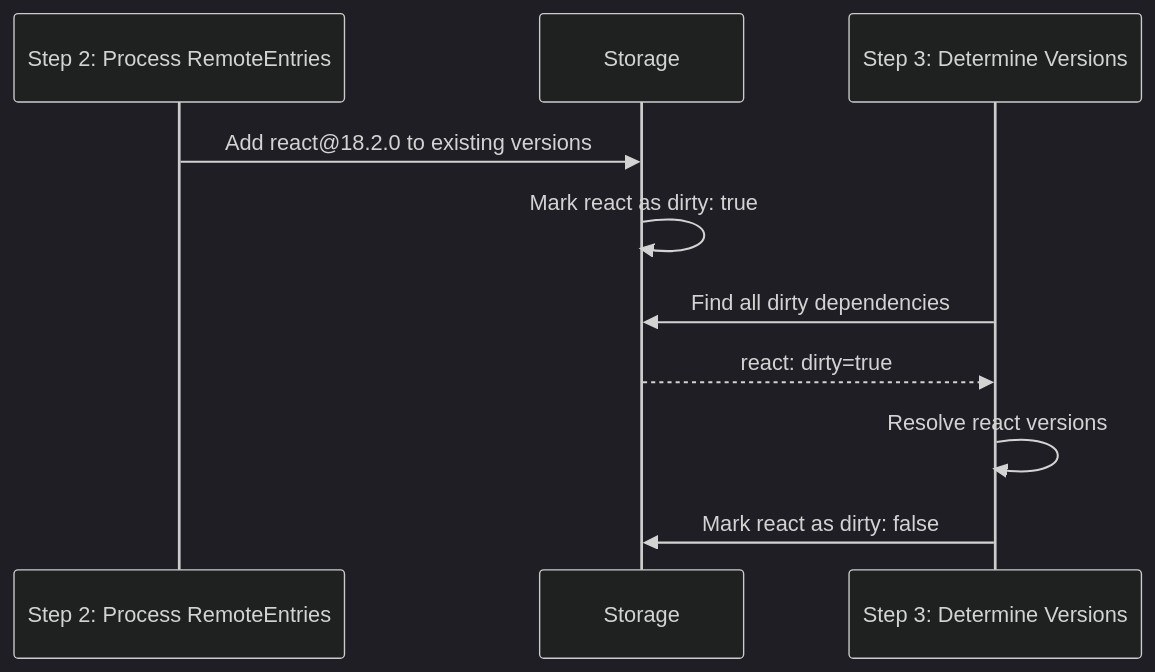
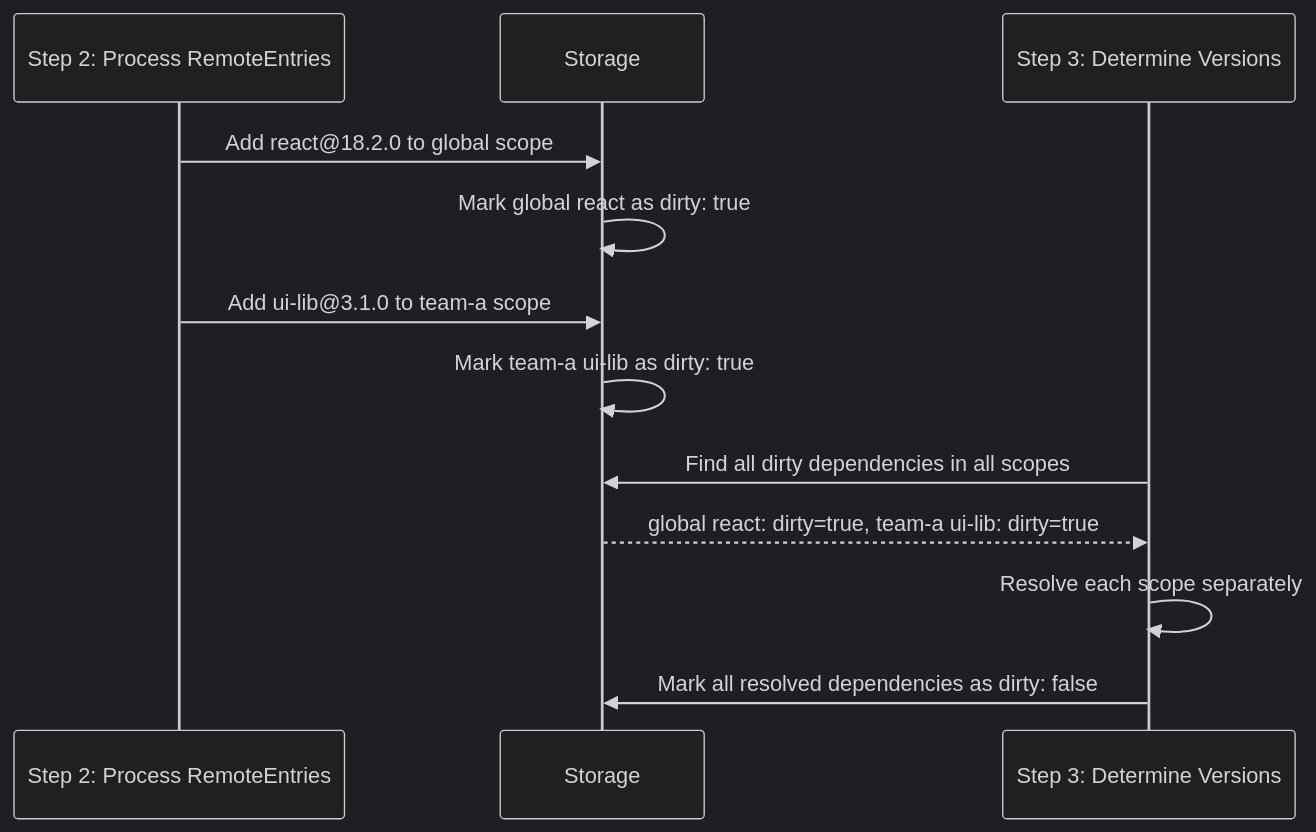
One commit to topicusonderwijs/vanilla-native-federation changed the fifth of 6 diagrams in docs/version-resolver.md. Above: the diagram before and after it, drawn with Mermaid (dark theme). The commit also changed other lines of this file and 2 other files, not shown here.

````diff
--- a/docs/version-resolver.md
+++ b/docs/version-resolver.md
@@ -251,13 +370,15 @@
 ```mermaid
 sequenceDiagram
     participant Step2 as Step 2: Process RemoteEntries
     participant Storage as Storage
     participant Step3 as Step 3: Determine Versions
     
-    Step2->>Storage: Add react@18.2.0 to existing versions
-    Storage->>Storage: Mark react as dirty: true
-    Step3->>Storage: Find all dirty dependencies
-    Storage-->>Step3: react: dirty=true
-    Step3->>Step3: Resolve react versions
-    Step3->>Storage: Mark react as dirty: false
+    Step2->>Storage: Add react@18.2.0 to global scope
+    Storage->>Storage: Mark global react as dirty: true
+    Step2->>Storage: Add ui-lib@3.1.0 to team-a scope  
+    Storage->>Storage: Mark team-a ui-lib as dirty: true
+    Step3->>Storage: Find all dirty dependencies in all scopes
+    Storage-->>Step3: global react: dirty=true, team-a ui-lib: dirty=true
+    Step3->>Step3: Resolve each scope separately
+    Step3->>Storage: Mark all resolved dependencies as dirty: false
 ```
````
